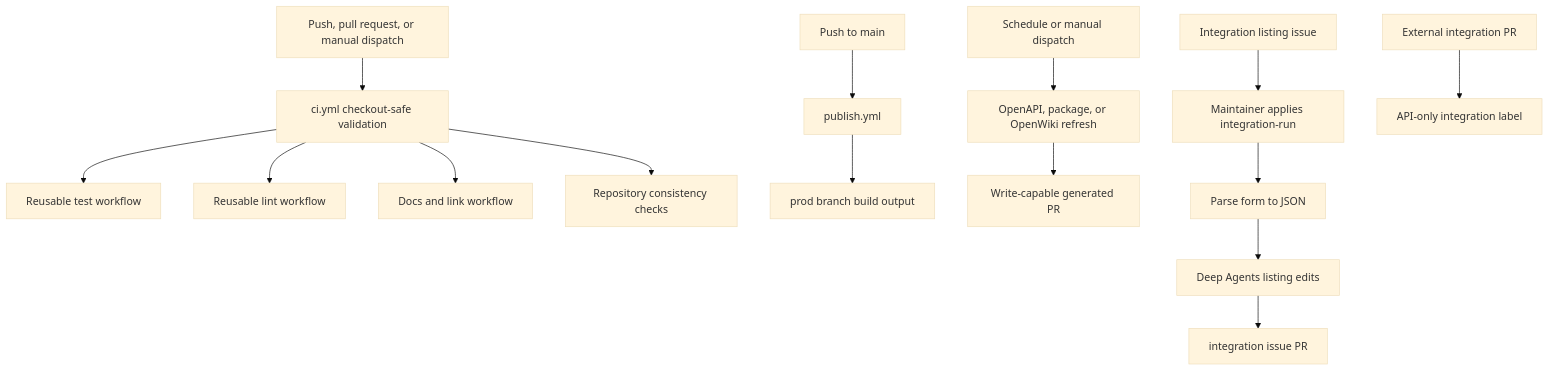
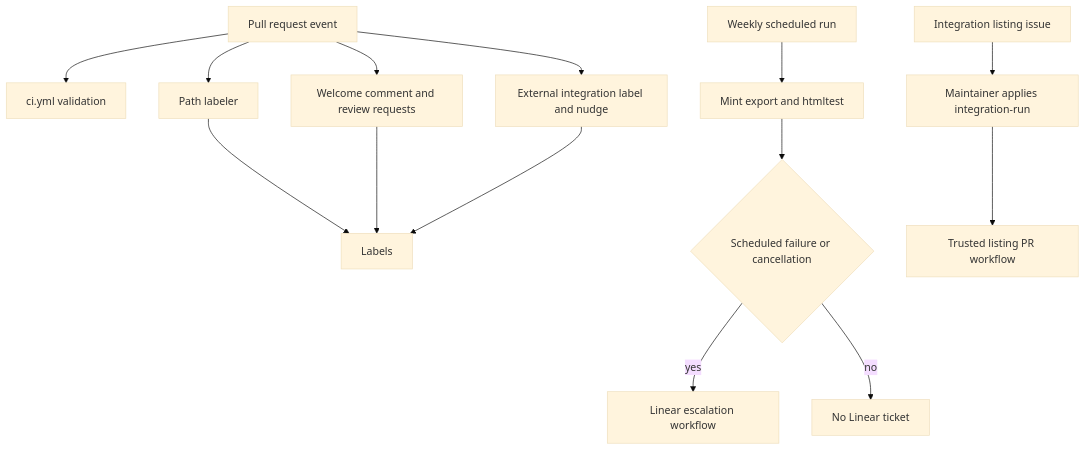
One commit to langchain-ai/docs changed the diagram in openwiki/integrations/github-actions.md. Above: the diagram before and after it, drawn with Mermaid (base theme). The commit also changed other lines of this file and 14 other files, not shown here.

Commit message:
docs: update OpenWiki

````diff
--- a/openwiki/integrations/github-actions.md
+++ b/openwiki/integrations/github-actions.md
@@ -51,17 +41,16 @@
 ```mermaid
 flowchart TD
-  Change["Push, pull request, or manual dispatch"] --> CI["ci.yml checkout-safe validation"]
-  CI --> Test["Reusable test workflow"]
-  CI --> Lint["Reusable lint workflow"]
-  CI --> Links["Docs and link workflow"]
-  CI --> Checks["Repository consistency checks"]
-  Main["Push to main"] --> Publish["publish.yml"]
-  Publish --> Prod["prod branch build output"]
-  Schedule["Schedule or manual dispatch"] --> Refresh["OpenAPI, package, or OpenWiki refresh"]
-  Refresh --> GeneratedPR["Write-capable generated PR"]
+  PR["Pull request event"] --> CI["ci.yml validation"]
+  PR --> Labels["Path labeler"]
+  PR --> Welcome["Welcome comment and review requests"]
+  PR --> External["External integration label and nudge"]
+  Labels --> GitHub["Labels"]
+  Welcome --> GitHub
+  External --> GitHub
+  Schedule["Weekly scheduled run"] --> Export["Mint export and htmltest"]
+  Export --> Outcome{"Scheduled failure or cancellation"}
+  Outcome -->|"yes"| Linear["Linear escalation workflow"]
+  Outcome -->|"no"| Done["No Linear ticket"]
   Issue["Integration listing issue"] --> Gate["Maintainer applies integration-run"]
-  Gate --> Parse["Parse form to JSON"]
-  Parse --> Agent["Deep Agents listing edits"]
-  Agent --> ListingPR["integration issue PR"]
-  ExternalPR["External integration PR"] --> Label["API-only integration label"]
+  Gate --> Listing["Trusted listing PR workflow"]
 ```
````
